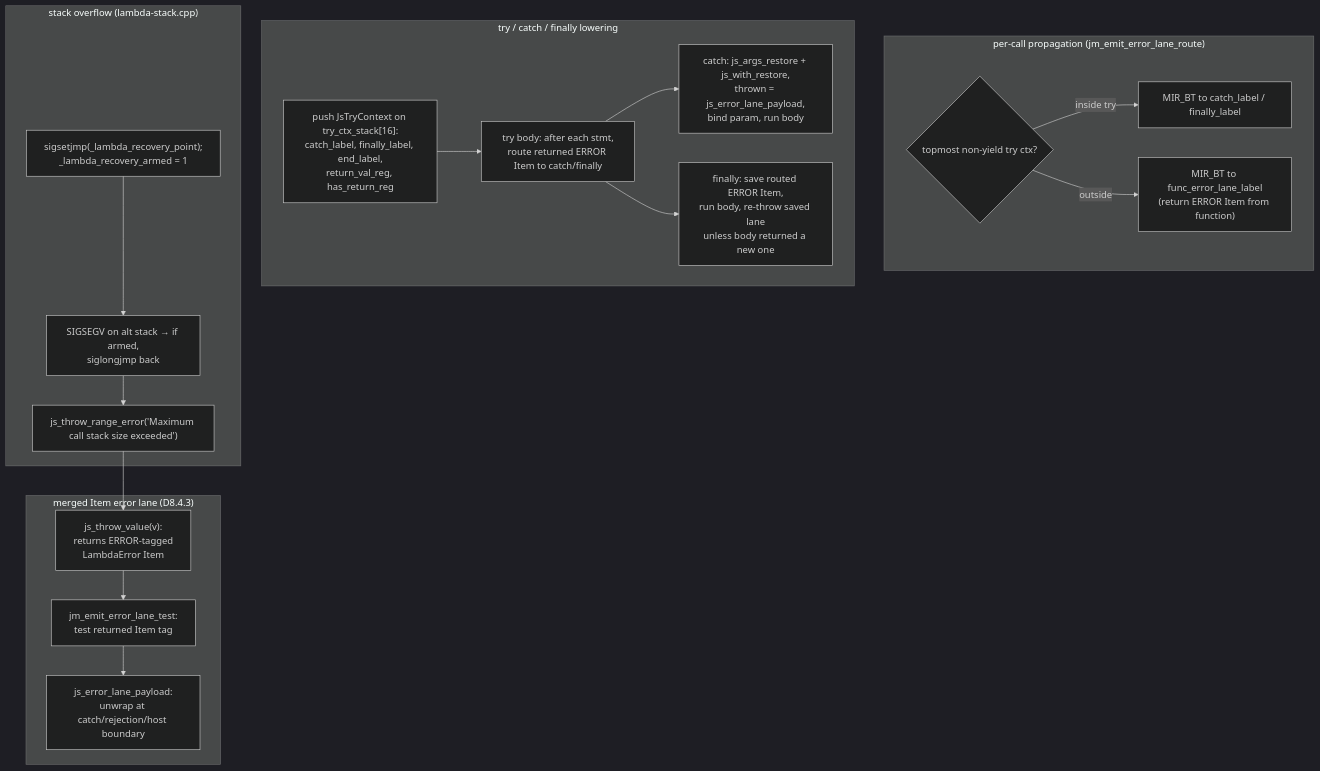
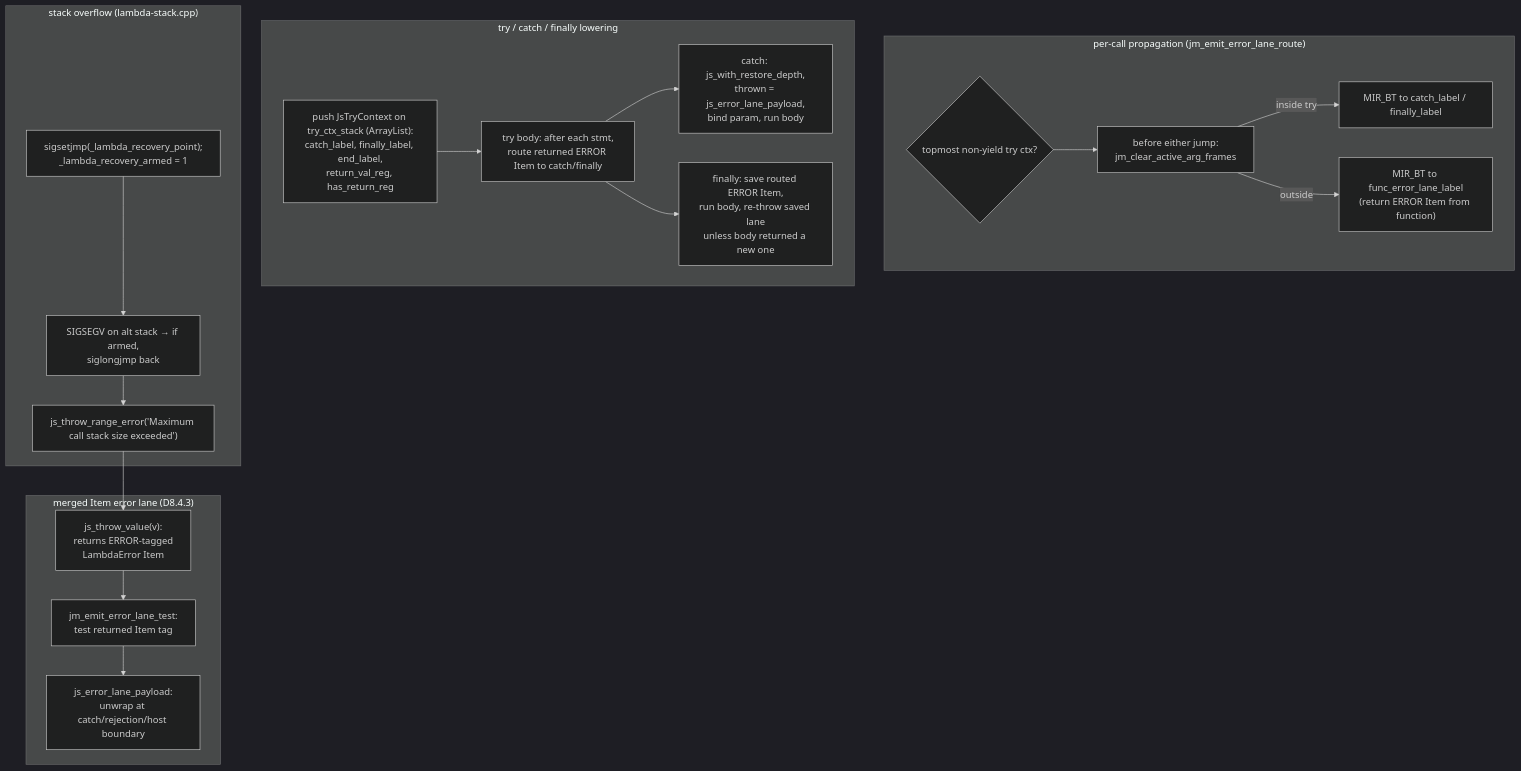
The diagram in doc/dev/js/diagram/d04_exceptions.mmd (henry-luo/lambda), drawn with Mermaid (dark theme) before and after one commit. The commit also changed 39 other files, not shown here.

```diff
--- a/doc/dev/js/diagram/d04_exceptions.mmd
+++ b/doc/dev/js/diagram/d04_exceptions.mmd
@@ -1,32 +1,34 @@
 flowchart TB
   subgraph lane["merged Item error lane (D8.4.3)"]
     SV["js_throw_value(v):<br/>returns ERROR-tagged<br/>LambdaError Item"]
     CK["jm_emit_error_lane_test:<br/>test returned Item tag"]
     CL["js_error_lane_payload:<br/>unwrap at catch/rejection/host boundary"]
   end
 
   subgraph emit["per-call propagation (jm_emit_error_lane_route)"]
     P{"topmost non-yield try ctx?"}
     PT["MIR_BT to catch_label / finally_label"]
     PF["MIR_BT to func_error_lane_label<br/>(return ERROR Item from function)"]
+    CLR["before either jump:<br/>jm_clear_active_arg_frames"]
   end
 
   subgraph trycf["try / catch / finally lowering"]
-    PUSH["push JsTryContext on try_ctx_stack[16]:<br/>catch_label, finally_label, end_label,<br/>return_val_reg, has_return_reg"]
+    PUSH["push JsTryContext on try_ctx_stack (ArrayList):<br/>catch_label, finally_label, end_label,<br/>return_val_reg, has_return_reg"]
     TRY["try body: after each stmt,<br/>route returned ERROR Item to catch/finally"]
-    CATCH["catch: js_args_restore + js_with_restore,<br/>thrown = js_error_lane_payload,<br/>bind param, run body"]
+    CATCH["catch: js_with_restore_depth,<br/>thrown = js_error_lane_payload,<br/>bind param, run body"]
     FIN["finally: save routed ERROR Item,<br/>run body, re-throw saved lane<br/>unless body returned a new one"]
   end
 
   subgraph so["stack overflow (lambda-stack.cpp)"]
     ARM["sigsetjmp(_lambda_recovery_point);<br/>_lambda_recovery_armed = 1"]
     SIG["SIGSEGV on alt stack → if armed,<br/>siglongjmp back"]
     RNG["js_throw_range_error('Maximum call stack size exceeded')"]
   end
 
   SV --> CK --> CL
-  P -->|inside try| PT
-  P -->|outside| PF
+  P --> CLR
+  CLR -->|inside try| PT
+  CLR -->|outside| PF
   PUSH --> TRY --> CATCH
   TRY --> FIN
   ARM --> SIG --> RNG --> SV
```
